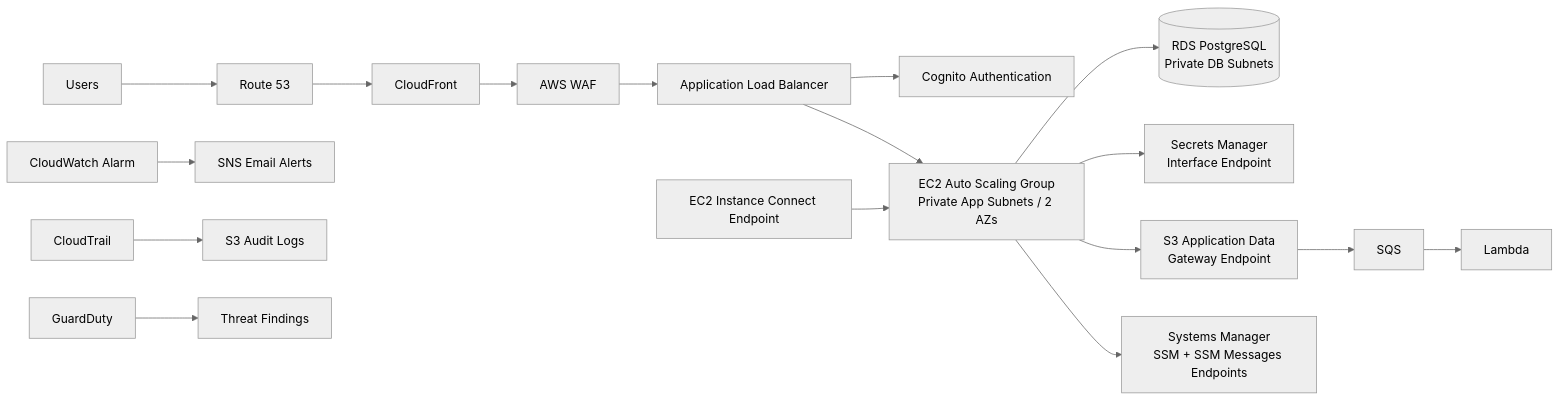
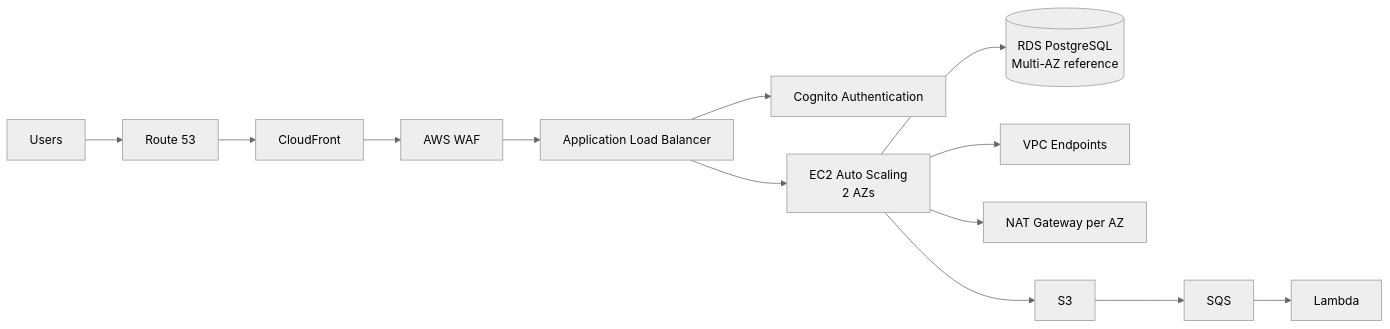
One commit to mohammad-hachem/aws-secure-customer-portal changed the diagram in README.md. Above: the diagram before and after it, drawn with Mermaid (neutral theme). The commit also changed other lines of this file, not shown here.

Commit message:
Document production HA design and lab cost optimizations

````diff
--- a/README.md
+++ b/README.md
@@ -9,24 +27,15 @@
 ```mermaid
 flowchart LR
     U[Users] --> R53[Route 53]
     R53 --> CF[CloudFront]
     CF --> WAF[AWS WAF]
     WAF --> ALB[Application Load Balancer]
-
     ALB --> COG[Cognito Authentication]
-    ALB --> ASG[EC2 Auto Scaling Group\nPrivate App Subnets / 2 AZs]
-    ASG --> RDS[(RDS PostgreSQL\nPrivate DB Subnets)]
-
-    ASG --> SM[Secrets Manager\nInterface Endpoint]
-    ASG --> S3[S3 Application Data\nGateway Endpoint]
-    ASG --> SSM[Systems Manager\nSSM + SSM Messages Endpoints]
-
+    ALB --> ASG[EC2 Auto Scaling\n2 AZs]
+    ASG --> RDS[(RDS PostgreSQL\nMulti-AZ reference)]
+    ASG --> VPCE[VPC Endpoints]
+    ASG --> NAT[NAT Gateway per AZ]
+    ASG --> S3[S3]
     S3 --> SQS[SQS]
     SQS --> L[Lambda]
-
-    CW[CloudWatch Alarm] --> SNS[SNS Email Alerts]
-    CT[CloudTrail] --> CTS3[S3 Audit Logs]
-    GD[GuardDuty] --> SEC[Threat Findings]
-
-    EICE[EC2 Instance Connect Endpoint] --> ASG
 ```
````
